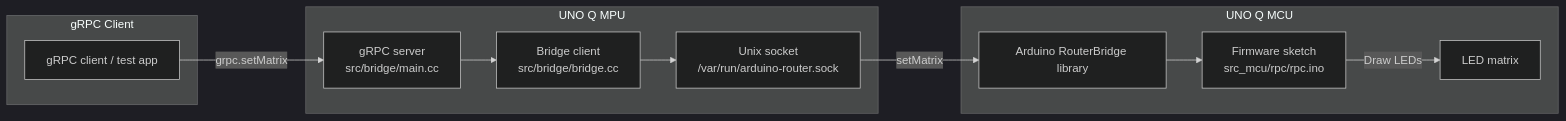
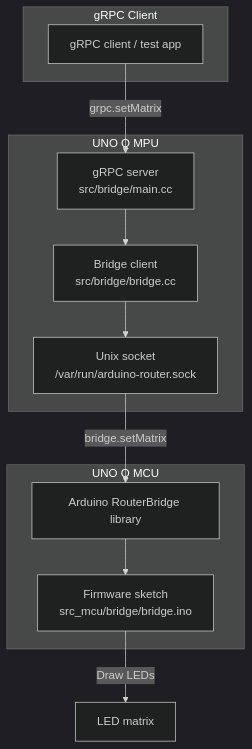
The first of 2 diagrams in docs/rpc_arch.md (Marcus-Forte/learning-arduino-uno-q), drawn with Mermaid (dark theme) before and after one commit. The commit also changed 4 other files, not shown here.

````diff
--- a/docs/rpc_arch.md
+++ b/docs/rpc_arch.md
@@ -7,22 +7,24 @@
 ```mermaid
-flowchart LR
+flowchart TD
     subgraph Client["gRPC Client"]
         gRPCClient["gRPC client / test app"]
     end
 
     subgraph LinuxHost["UNO Q MPU"]
         Server["gRPC server\nsrc/bridge/main.cc"]
         Bridge["Bridge client\nsrc/bridge/bridge.cc"]
         RouterSock["Unix socket\n/var/run/arduino-router.sock"]
     end
 
     subgraph ArduinoDevice["UNO Q MCU"]
-        RouterBridge["Arduino RouterBridge library"] --> Firmware["Firmware sketch\nsrc_mcu/rpc/rpc.ino"]
-        Firmware --> |Draw LEDs| Hardware["LED matrix"]
+        RouterBridge["Arduino RouterBridge library"] --> Firmware["Firmware sketch\nsrc_mcu/bridge/bridge.ino"]
     end
+
+    Hardware["LED matrix"]
 
     gRPCClient -->|grpc.setMatrix| Server
     Server --> Bridge
     Bridge --> RouterSock
-    RouterSock --> |setMatrix| RouterBridge
+    RouterSock --> |bridge.setMatrix| RouterBridge
+    Firmware --> |Draw LEDs| Hardware
 ```
````
